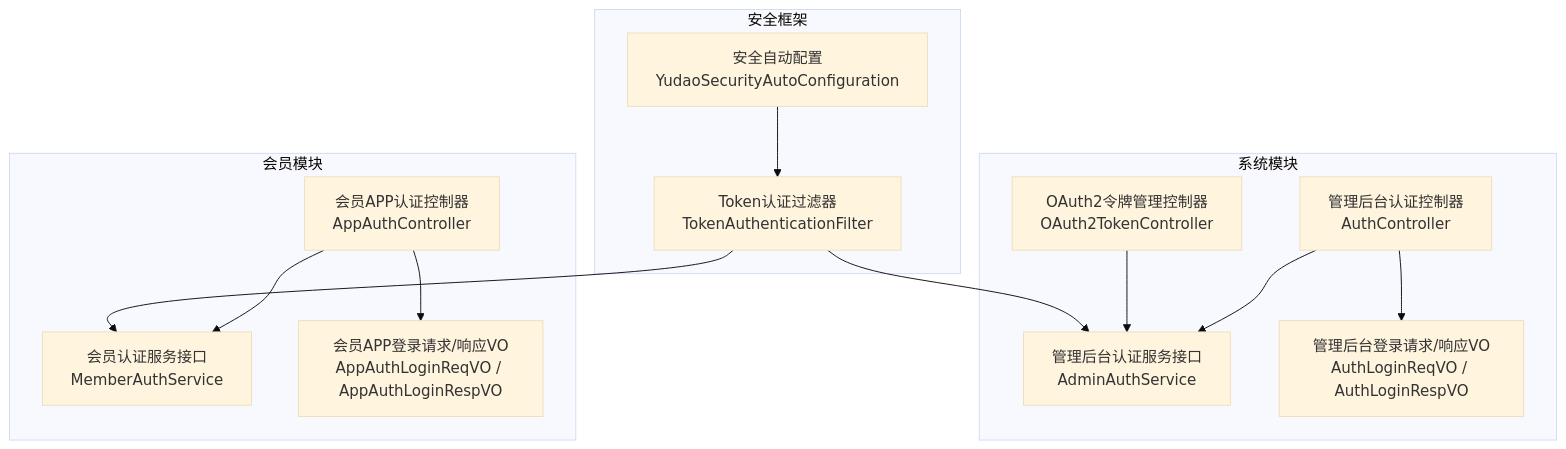
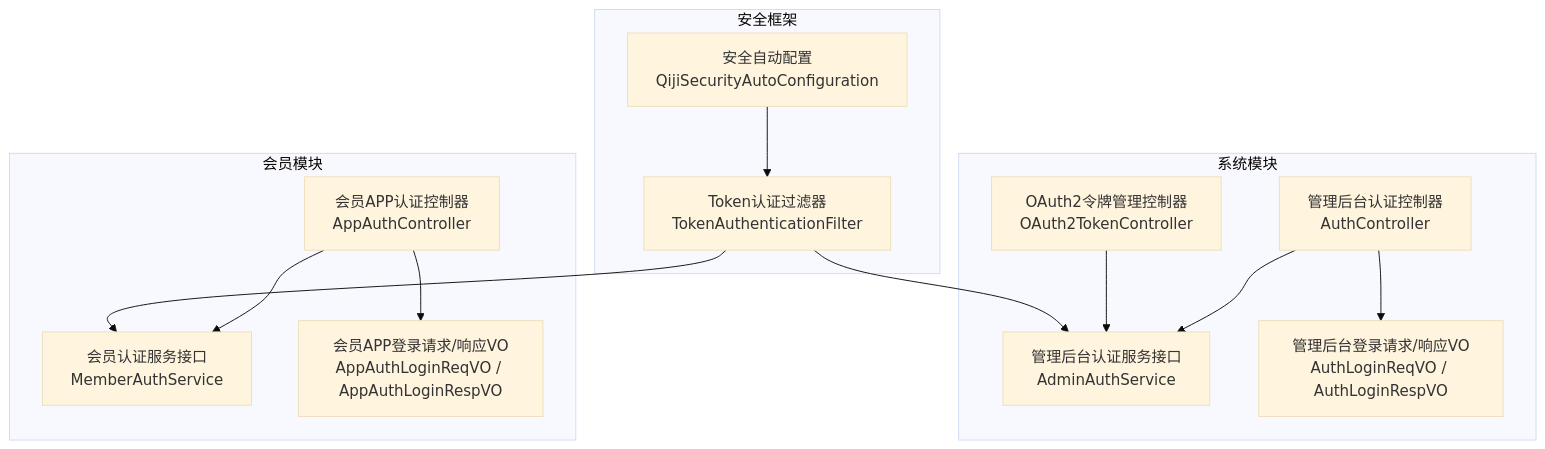
Before and after one commit to zhuangpengLI/AgenticCPS: the first of 5 diagrams in backend/.qoder/repowiki/zh/content/API接口文档/认证与授权接口.md, drawn with Mermaid (base theme). The commit also changed other lines of this file and 3489 other files, not shown here.

````diff
--- a/backend/.qoder/repowiki/zh/content/API接口文档/认证与授权接口.md
+++ b/backend/.qoder/repowiki/zh/content/API接口文档/认证与授权接口.md
@@ -40,26 +40,26 @@
 ```mermaid
 graph TB
 subgraph "系统模块"
 SYS_CTRL_A["管理后台认证控制器<br/>AuthController"]
 SYS_SVC_A["管理后台认证服务接口<br/>AdminAuthService"]
 SYS_VO_A["管理后台登录请求/响应VO<br/>AuthLoginReqVO / AuthLoginRespVO"]
 SYS_OAUTH2["OAuth2令牌管理控制器<br/>OAuth2TokenController"]
 end
 subgraph "会员模块"
 MEM_CTRL_A["会员APP认证控制器<br/>AppAuthController"]
 MEM_SVC_A["会员认证服务接口<br/>MemberAuthService"]
 MEM_VO_A["会员APP登录请求/响应VO<br/>AppAuthLoginReqVO / AppAuthLoginRespVO"]
 end
 subgraph "安全框架"
 SEC_FILTER["Token认证过滤器<br/>TokenAuthenticationFilter"]
-SEC_AUTO["安全自动配置<br/>YudaoSecurityAutoConfiguration"]
+SEC_AUTO["安全自动配置<br/>QijiSecurityAutoConfiguration"]
 end
 SYS_CTRL_A --> SYS_SVC_A
 SYS_CTRL_A --> SYS_VO_A
 SYS_OAUTH2 --> SYS_SVC_A
 MEM_CTRL_A --> MEM_SVC_A
 MEM_CTRL_A --> MEM_VO_A
 SEC_FILTER --> SYS_SVC_A
 SEC_FILTER --> MEM_SVC_A
 SEC_AUTO --> SEC_FILTER
 ```
````
